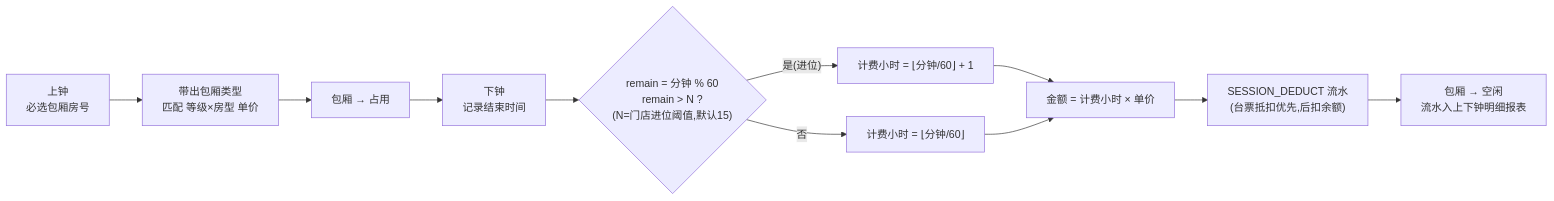
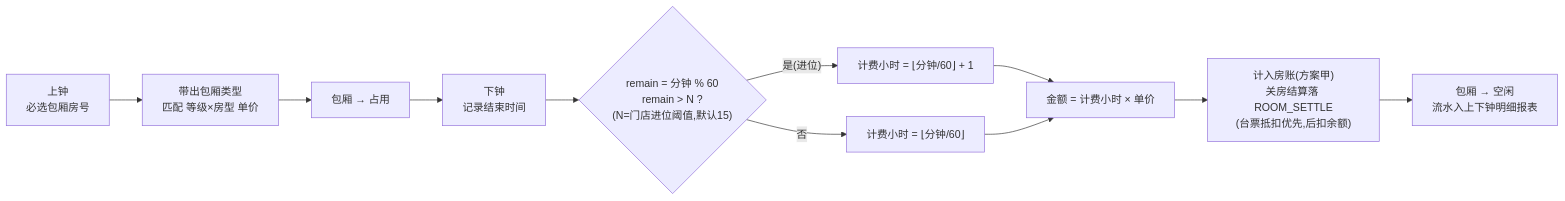
Before and after one commit to YYC-Cube/YYC3-LeisureManage: the second of 3 diagrams in docs/YYC3-LeisureManage-可视化交互体系设计.md, drawn with Mermaid. The commit also changed 7 other files, not shown here.

First line of the commit message:
docs(billing): 方案甲裁决落地——时间费计入房账,关房统一结算 ROOM_SETTLE

````diff
--- a/docs/YYC3-LeisureManage-可视化交互体系设计.md
+++ b/docs/YYC3-LeisureManage-可视化交互体系设计.md
@@ -101,13 +101,13 @@
 ```mermaid
 flowchart LR
     A["上钟<br/>必选包厢房号"] --> B["带出包厢类型<br/>匹配 等级×房型 单价"]
     B --> C["包厢 → 占用"]
     C --> D["下钟<br/>记录结束时间"]
     D --> E{"remain = 分钟 % 60<br/>remain > N ?<br/>(N=门店进位阈值,默认15)"}
     E -- "是(进位)" --> F["计费小时 = ⌊分钟/60⌋ + 1"]
     E -- "否" --> G["计费小时 = ⌊分钟/60⌋"]
     F --> H["金额 = 计费小时 × 单价"]
     G --> H
-    H --> I["SESSION_DEDUCT 流水<br/>(台票抵扣优先,后扣余额)"]
+    H --> I["计入房账(方案甲)<br/>关房结算落 ROOM_SETTLE<br/>(台票抵扣优先,后扣余额)"]
     I --> J["包厢 → 空闲<br/>流水入上下钟明细报表"]
 ```
````
